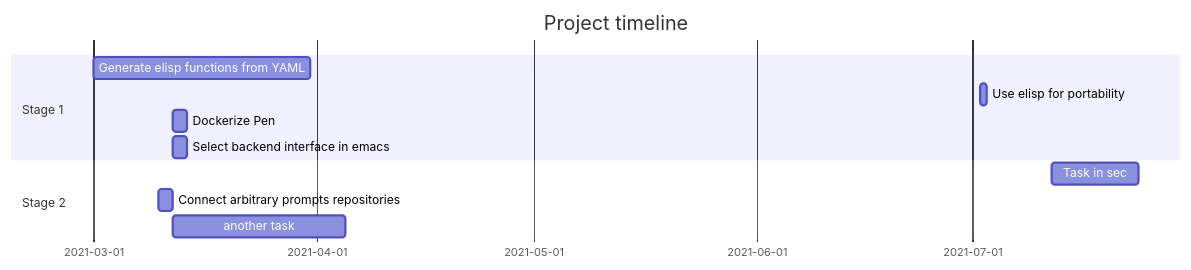
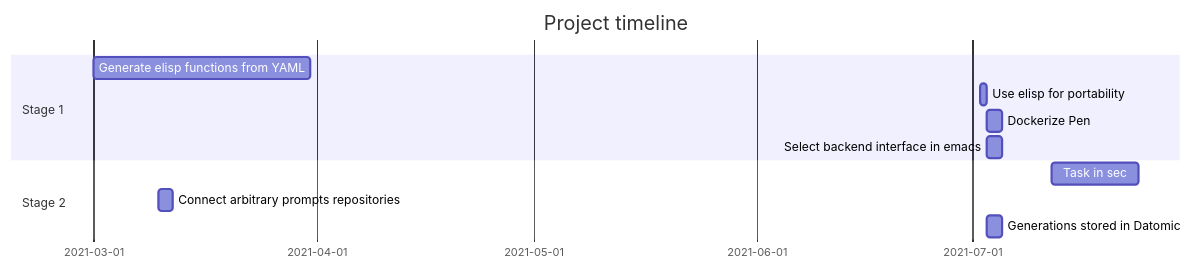
The diagram in docs/README.org (semiosis/pen.el), drawn with Mermaid before and after one commit.

Commit message:
Fri 02 Jul 2021 16:01:52

```diff
--- a/docs/README.org
+++ b/docs/README.org
@@ -19,14 +19,14 @@
 #+BEGIN_SRC mermaid :results raw :file project-timeline.png
 gantt
         title Project timeline
         dateFormat  YYYY-MM-DD
         section Stage 1
         Generate elisp functions from YAML    :a1, 2021-03-01, 30d
-        Use elisp for portability     :a1, 2021-07-02, 1d
-        Dockerize Pen     :after a1  , 2d
-        Select backend interface in emacs     :after a1  , 2d
+        Use elisp for portability     :a2, 2021-07-02, 1d
+        Dockerize Pen     :after a2  , 2d
+        Select backend interface in emacs     :after a2  , 2d
         section Stage 2
         Task in sec      :2021-07-12  , 12d
-        Connect arbitrary prompts repositories :a1, 2021-03-10, 2d
-        another task      : 24d
+        Connect arbitrary prompts repositories :b1, 2021-03-10, 2d
+        Generations stored in Datomic :after a2  , 2d
 #+END_SRC
```
